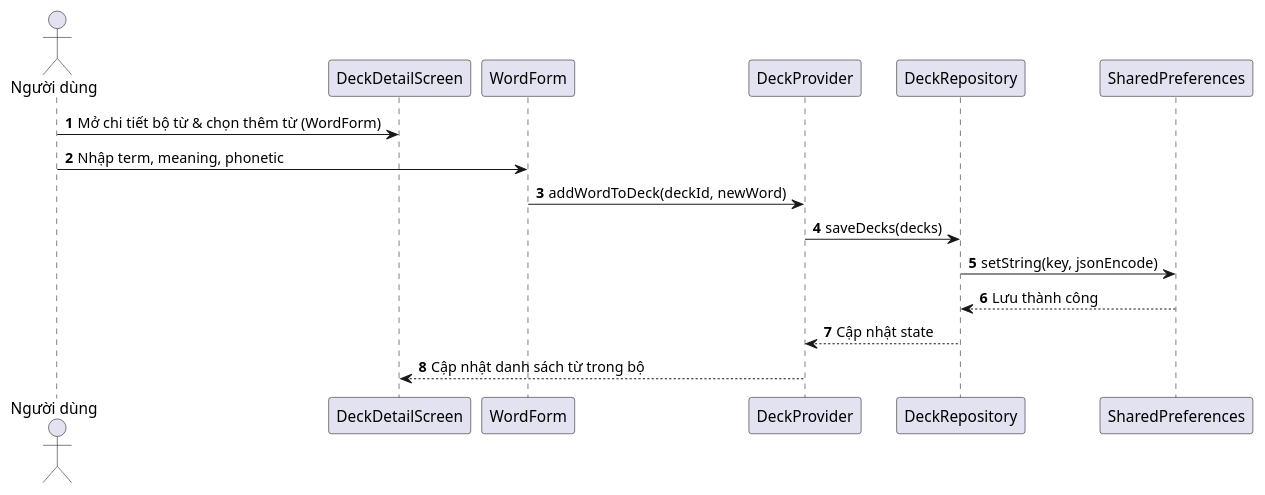
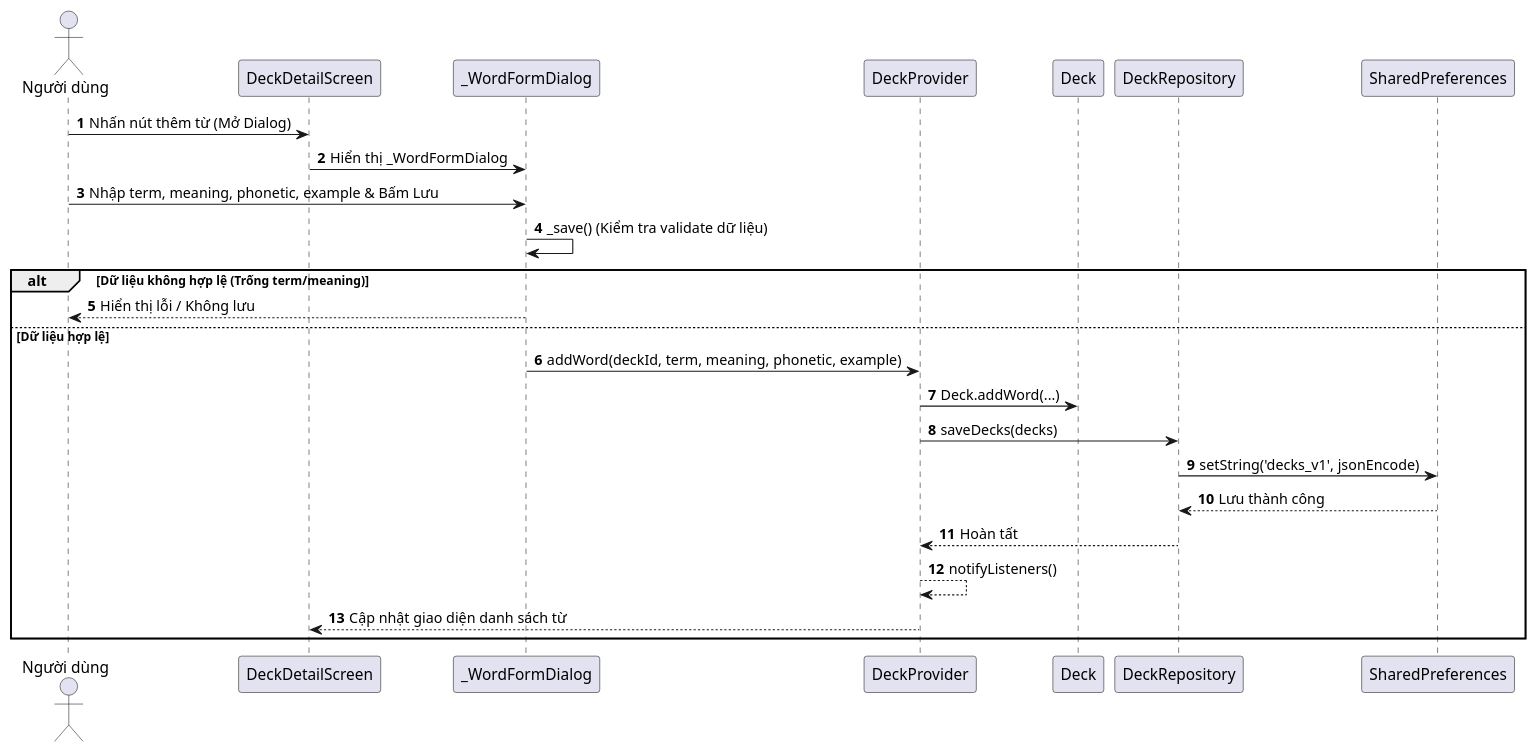
One commit to hoang-adu/2026_2027_1_1_LTTBDD_N01_Nhom_2 changed the diagram in docs/sequence_add_word.puml. Above: the diagram before and after it, drawn with PlantUML. The commit also changed 3 other files, not shown here.

Commit message:
docs & test: cập nhật chuẩn sequence diagrams và integration test

```diff
--- a/docs/sequence_add_word.puml
+++ b/docs/sequence_add_word.puml
@@ -1,18 +1,27 @@
 @startuml
 autonumber
 actor "Người dùng" as User
 participant "DeckDetailScreen" as UI
-participant "WordForm" as Form
+participant "_WordFormDialog" as Dialog
 participant "DeckProvider" as Provider
+participant "Deck" as Model
 participant "DeckRepository" as Repo
 participant "SharedPreferences" as Prefs
 
-User -> UI: Mở chi tiết bộ từ & chọn thêm từ (WordForm)
-User -> Form: Nhập term, meaning, phonetic
-Form -> Provider: addWordToDeck(deckId, newWord)
-Provider -> Repo: saveDecks(decks)
-Repo -> Prefs: setString(key, jsonEncode)
-Prefs --> Repo: Lưu thành công
-Repo --> Provider: Cập nhật state
-Provider --> UI: Cập nhật danh sách từ trong bộ
+User -> UI: Nhấn nút thêm từ (Mở Dialog)
+UI -> Dialog: Hiển thị _WordFormDialog
+User -> Dialog: Nhập term, meaning, phonetic, example & Bấm Lưu
+Dialog -> Dialog: _save() (Kiểm tra validate dữ liệu)
+alt Dữ liệu không hợp lệ (Trống term/meaning)
+    Dialog --> User: Hiển thị lỗi / Không lưu
+else Dữ liệu hợp lệ
+    Dialog -> Provider: addWord(deckId, term, meaning, phonetic, example)
+    Provider -> Model: Deck.addWord(...)
+    Provider -> Repo: saveDecks(decks)
+    Repo -> Prefs: setString('decks_v1', jsonEncode)
+    Prefs --> Repo: Lưu thành công
+    Repo --> Provider: Hoàn tất
+    Provider --> Provider: notifyListeners()
+    Provider --> UI: Cập nhật giao diện danh sách từ
+end
 @enduml
```
